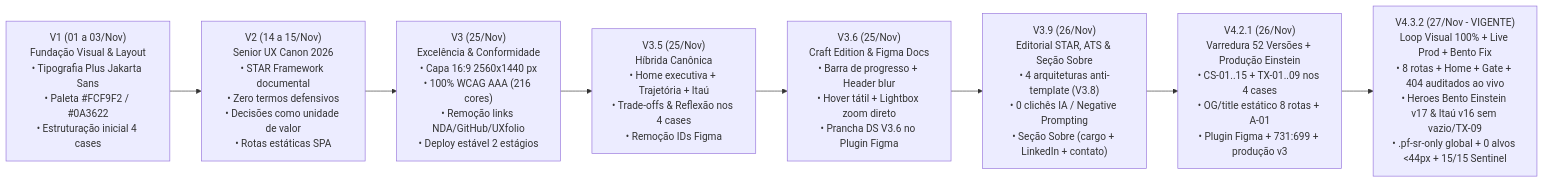
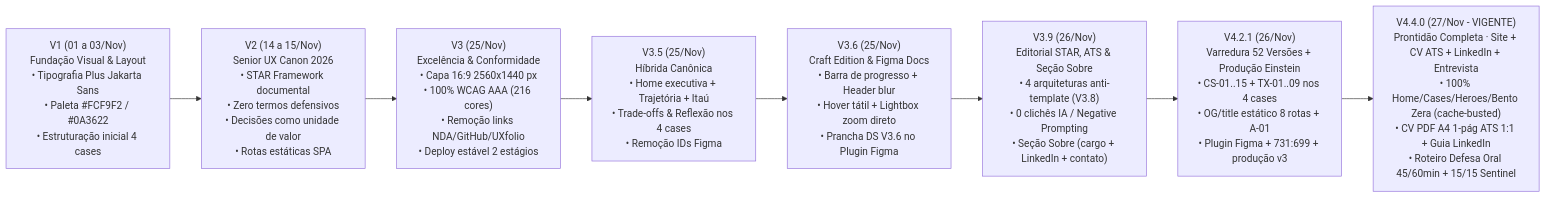
The diagram in docs/INDEX_GOVERNANCA_E_DECISOES.md (israelfull-commits/portfolio), drawn with Mermaid before and after one commit. The commit also changed other lines of this file and 6 other files, not shown here.

Commit message:
feat(v4.4.0): 1-page ATS CV PDF aligned to portfolio + LinkedIn guide + Senior interview script + cache-busted Zera 1.0 Bento image

````diff
--- a/docs/INDEX_GOVERNANCA_E_DECISOES.md
+++ b/docs/INDEX_GOVERNANCA_E_DECISOES.md
@@ -15,12 +15,12 @@
 ```mermaid
 flowchart LR
     V1["V1 (01 a 03/Nov)<br>Fundação Visual & Layout<br>• Tipografia Plus Jakarta Sans<br>• Paleta #FCF9F2 / #0A3622<br>• Estruturação inicial 4 cases"]
     V2["V2 (14 a 15/Nov)<br>Senior UX Canon 2026<br>• STAR Framework documental<br>• Zero termos defensivos<br>• Decisões como unidade de valor<br>• Rotas estáticas SPA"]
     V3["V3 (25/Nov)<br>Excelência & Conformidade<br>• Capa 16:9 2560x1440 px<br>• 100% WCAG AAA (216 cores)<br>• Remoção links NDA/GitHub/UXfolio<br>• Deploy estável 2 estágios"]
     V35["V3.5 (25/Nov)<br>Híbrida Canônica<br>• Home executiva + Trajetória + Itaú<br>• Trade-offs & Reflexão nos 4 cases<br>• Remoção IDs Figma"]
     V36["V3.6 (25/Nov)<br>Craft Edition & Figma Docs<br>• Barra de progresso + Header blur<br>• Hover tátil + Lightbox zoom direto<br>• Prancha DS V3.6 no Plugin Figma"]
     V39["V3.9 (26/Nov)<br>Editorial STAR, ATS & Seção Sobre<br>• 4 arquiteturas anti-template (V3.8)<br>• 0 clichês IA / Negative Prompting<br>• Seção Sobre (cargo + LinkedIn + contato)"]
     V310["V4.2.1 (26/Nov)<br>Varredura 52 Versões + Produção Einstein<br>• CS-01..15 + TX-01..09 nos 4 cases<br>• OG/title estático 8 rotas + A-01<br>• Plugin Figma + 731:699 + produção v3"]
-    V430["V4.3.2 (27/Nov - VIGENTE)<br>Loop Visual 100% + Live Prod + Bento Fix<br>• 8 rotas + Home + Gate + 404 auditados ao vivo<br>• Heroes Bento Einstein v17 & Itaú v16 sem vazio/TX-09<br>• .pf-sr-only global + 0 alvos <44px + 15/15 Sentinel"]
+    V430["V4.4.0 (27/Nov - VIGENTE)<br>Prontidão Completa · Site + CV ATS + LinkedIn + Entrevista<br>• 100% Home/Cases/Heroes/Bento Zera (cache-busted)<br>• CV PDF A4 1-pág ATS 1:1 + Guia LinkedIn<br>• Roteiro Defesa Oral 45/60min + 15/15 Sentinel"]
     V1 --> V2 --> V3 --> V35 --> V36 --> V39 --> V310 --> V430
 ```
````
